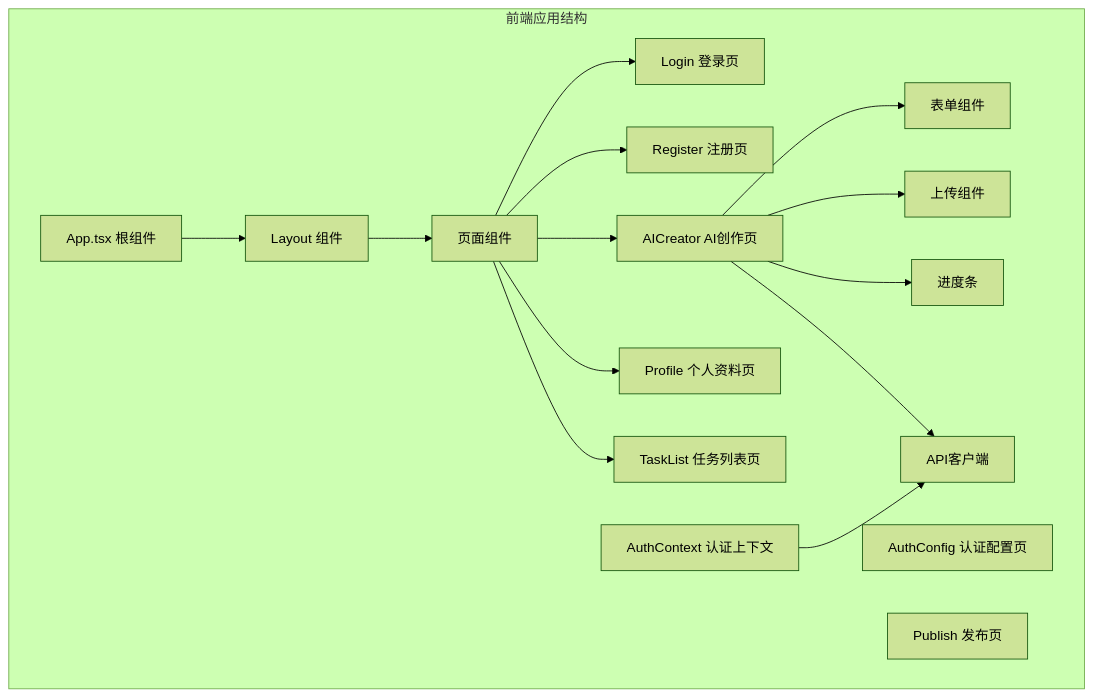
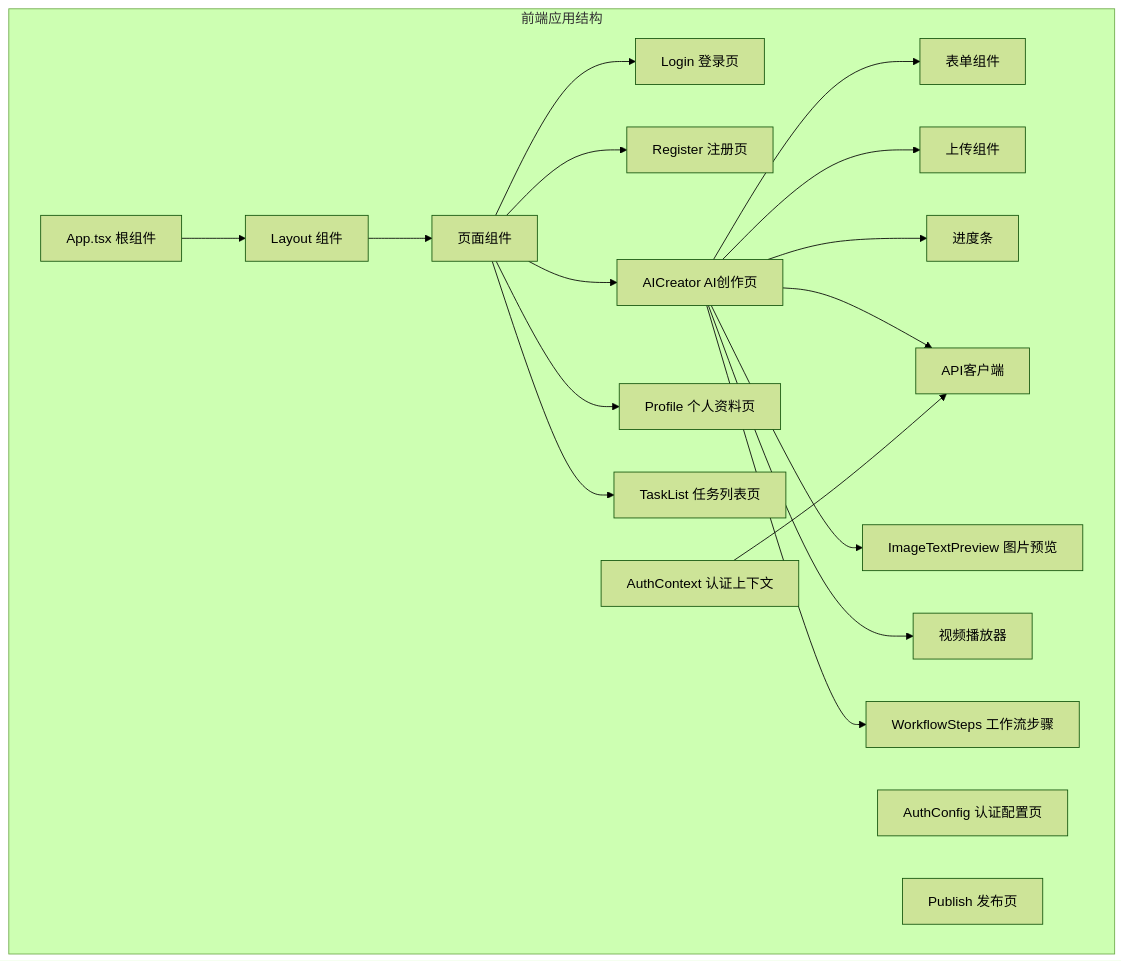
Before and after one commit to songdiyang/clawOperations: the seventh of 17 diagrams in .qoder/repowiki/zh/content/核心模块详解/Web界面系统/Web界面系统.md, drawn with Mermaid (forest theme). The commit also changed other lines of this file and 10 other files, not shown here.

````diff
--- a/.qoder/repowiki/zh/content/核心模块详解/Web界面系统/Web界面系统.md
+++ b/.qoder/repowiki/zh/content/核心模块详解/Web界面系统/Web界面系统.md
@@ -373,32 +410,38 @@
 ```mermaid
 graph TB
 subgraph "前端应用结构"
 App[App.tsx 根组件]
 Layout[Layout 组件]
 AuthContext[AuthContext 认证上下文]
 Pages[页面组件]
 LoginPage[Login 登录页]
 RegisterPage[Register 注册页]
 AICreatorPage[AICreator AI创作页]
 ProfilePage[Profile 个人资料页]
 TaskListPage[TaskList 任务列表页]
 API[API客户端]
 Form[表单组件]
 Upload[上传组件]
 Progress[进度条]
 AuthConfig[AuthConfig 认证配置页]
 Publish[Publish 发布页]
+ImagePreview[ImageTextPreview 图片预览]
+VideoPlayer[视频播放器]
+WorkflowSteps[WorkflowSteps 工作流步骤]
 end
 App --> Layout
 Layout --> Pages
 Pages --> LoginPage
 Pages --> RegisterPage
 Pages --> AICreatorPage
 Pages --> ProfilePage
 Pages --> TaskListPage
 AICreatorPage --> Form
 AICreatorPage --> Upload
 AICreatorPage --> Progress
 AICreatorPage --> API
+AICreatorPage --> ImagePreview
+AICreatorPage --> VideoPlayer
+AICreatorPage --> WorkflowSteps
 AuthContext --> API
 ```
````
